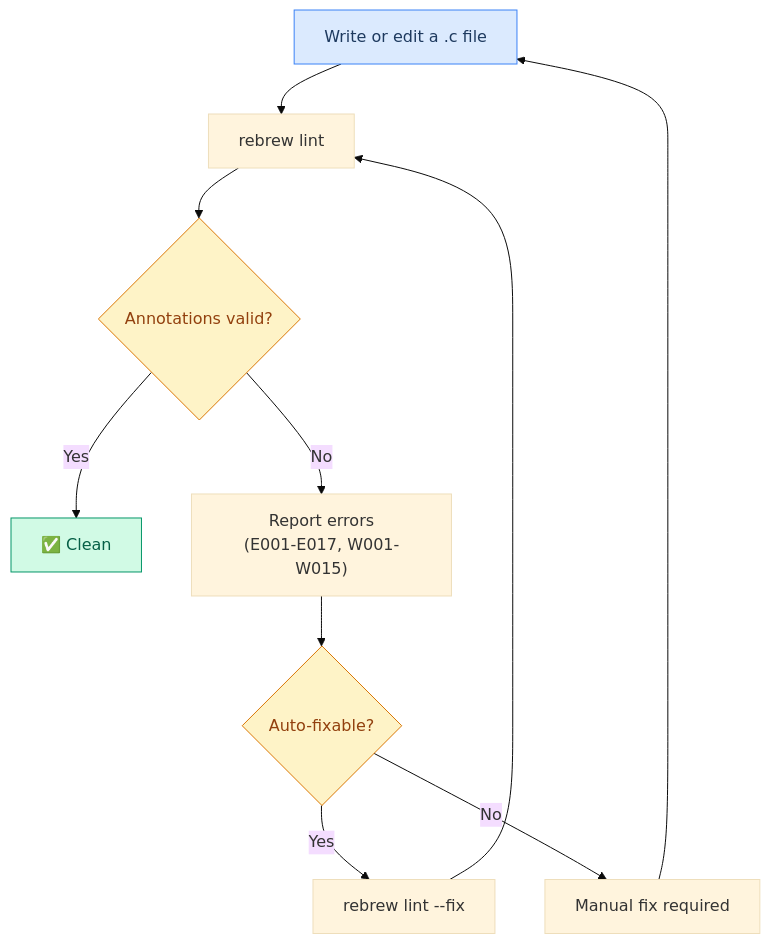
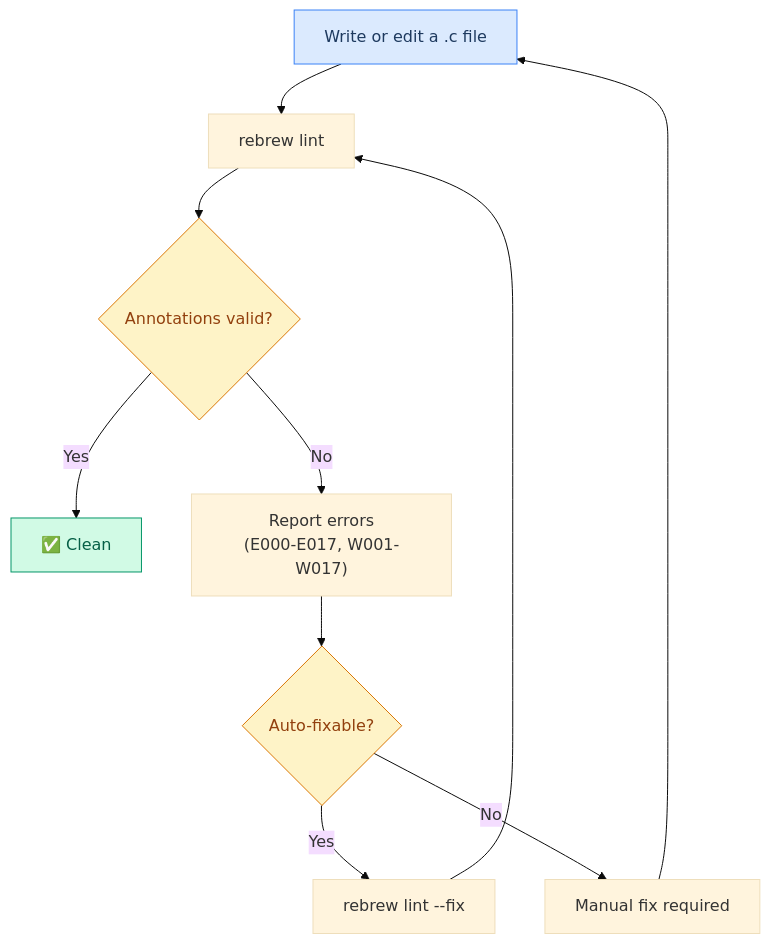
Diagram 12 of 16 in docs/USER_STORIES.md (maci0/rebrew), drawn with Mermaid (base theme) before and after one commit. The commit also changed other lines of this file and 99 other files, not shown here.

````diff
--- a/docs/USER_STORIES.md
+++ b/docs/USER_STORIES.md
@@ -404,17 +404,17 @@
 ```mermaid
 graph TD
     A["Write or edit a .c file"] --> B["rebrew lint"]
     B --> C{"Annotations valid?"}
     C -->|Yes| D["✅ Clean"]
-    C -->|No| E["Report errors<br/>(E001-E017, W001-W015)"]
+    C -->|No| E["Report errors<br/>(E000-E017, W001-W017)"]
     E --> F{"Auto-fixable?"}
     F -->|Yes| G["rebrew lint --fix"]
     G --> B
     F -->|No| H["Manual fix required"]
     H --> A
 
     style A fill:#dbeafe,stroke:#3b82f6,color:#1e3a5f
     style D fill:#d1fae5,stroke:#059669,color:#065f46
     style C fill:#fef3c7,stroke:#d97706,color:#92400e
     style F fill:#fef3c7,stroke:#d97706,color:#92400e
 ```
````
